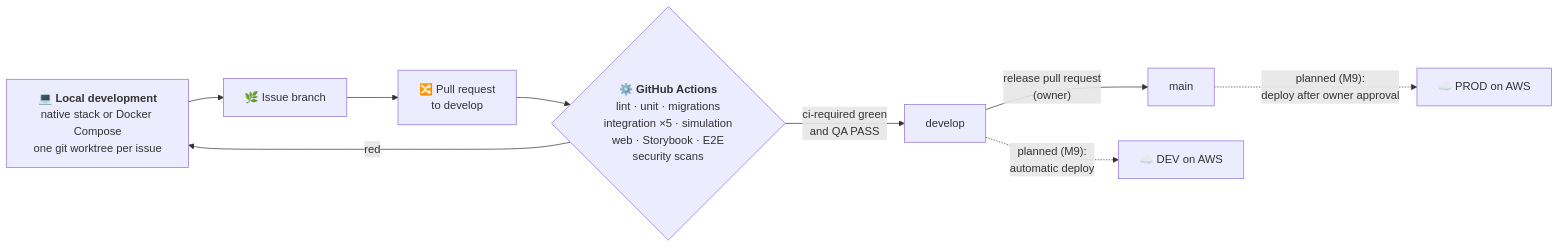
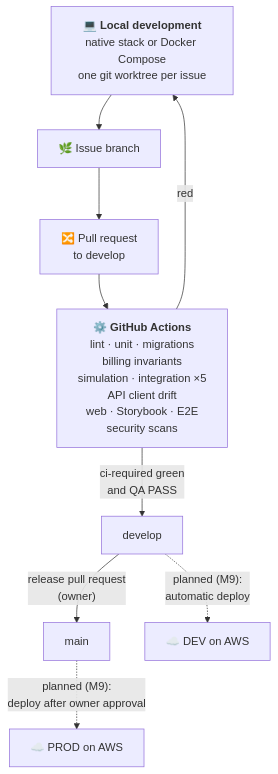
Before and after one commit to JaimeSolisS/classora: the second of 4 diagrams in README.md, drawn with Mermaid. The commit also changed other lines of this file and 18 other files, not shown here.

First line of the commit message:
M9-01: Infrastructure ADRs 0010-0014 and the spec/architecture re-baseline

````diff
--- a/README.md
+++ b/README.md
@@ -1264,18 +1264,18 @@
 ```mermaid
-flowchart LR
+flowchart TB
   local["💻 <b>Local development</b><br/>native stack or Docker Compose<br/>one git worktree per issue"]
   branch["🌿 Issue branch"]
   pr["🔀 Pull request<br/>to develop"]
-  ci{"⚙️ <b>GitHub Actions</b><br/>lint · unit · migrations<br/>integration ×5 · simulation<br/>web · Storybook · E2E<br/>security scans"}
+  ci["⚙️ <b>GitHub Actions</b><br/>lint · unit · migrations<br/>billing invariants<br/>simulation · integration ×5<br/>API client drift<br/>web · Storybook · E2E<br/>security scans"]
   develop["develop"]
   main["main"]
   devenv["☁️ DEV on AWS"]
   prodenv["☁️ PROD on AWS"]
 
   local --> branch --> pr --> ci
   ci -->|"ci-required green<br/>and QA PASS"| develop
   ci -->|red| local
   develop -->|"release pull request<br/>(owner)"| main
   develop -.->|"planned (M9):<br/>automatic deploy"| devenv
   main -.->|"planned (M9):<br/>deploy after owner approval"| prodenv
 ```
````
